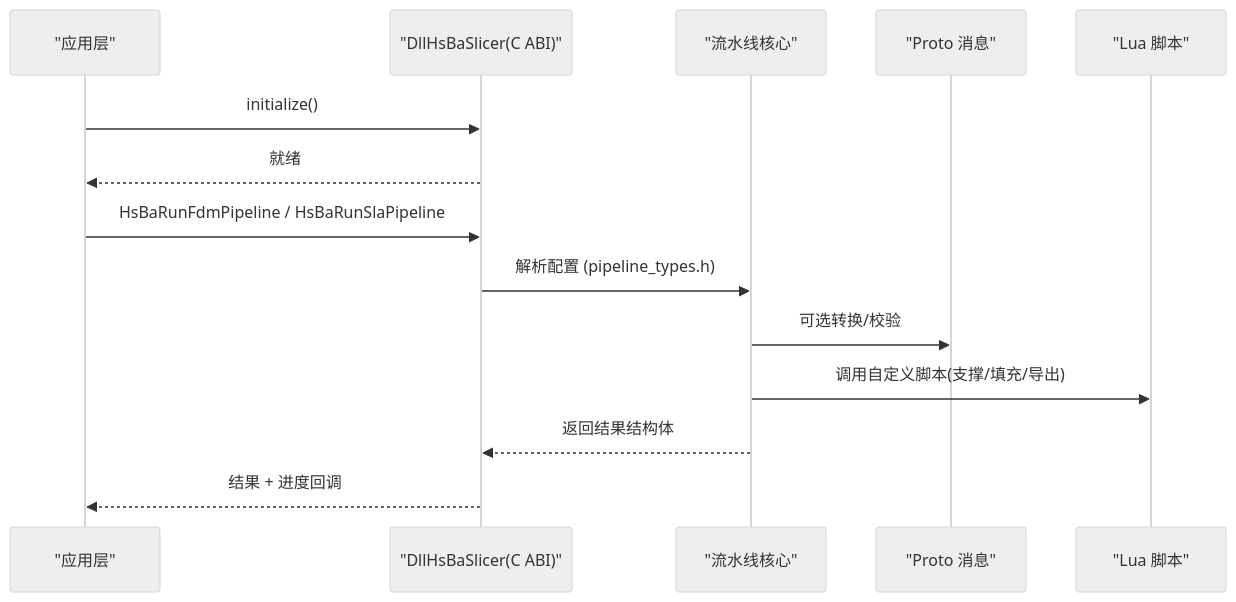
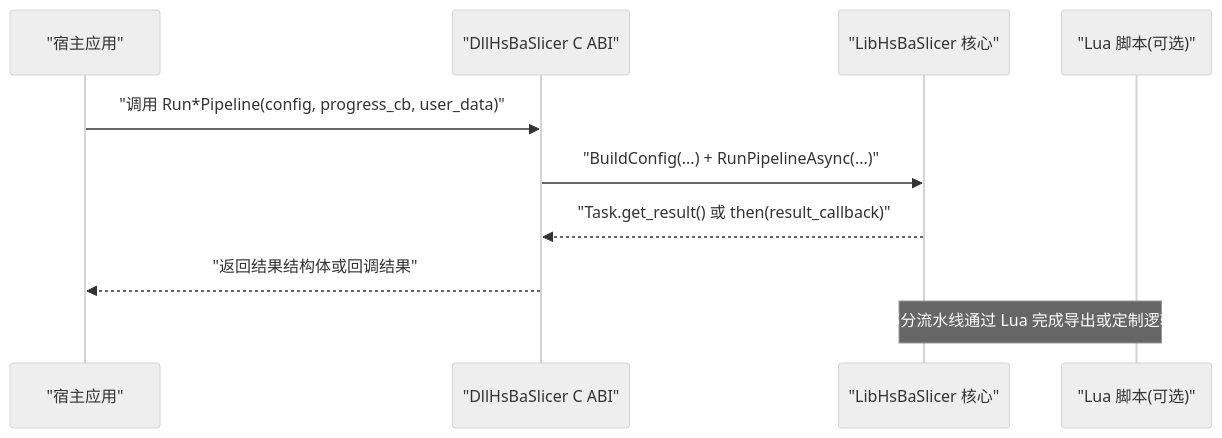
Before and after one commit to hsmbanlance/HsBaSlicer: the second of 3 diagrams in .qoder/repowiki/zh/content/API 参考文档/API 参考文档.md, drawn with Mermaid (neutral theme). The commit also changed other lines of this file and 1095 other files, not shown here.

````diff
--- a/.qoder/repowiki/zh/content/API 参考文档/API 参考文档.md
+++ b/.qoder/repowiki/zh/content/API 参考文档/API 参考文档.md
@@ -151,16 +83,12 @@
 ```mermaid
 sequenceDiagram
-participant App as "应用层"
-participant DLL as "DllHsBaSlicer(C ABI)"
-participant Core as "流水线核心"
-participant Proto as "Proto 消息"
-participant Lua as "Lua 脚本"
-App->>DLL : initialize()
-DLL-->>App : 就绪
-App->>DLL : HsBaRunFdmPipeline / HsBaRunSlaPipeline
-DLL->>Core : 解析配置 (pipeline_types.h)
-Core->>Proto : 可选转换/校验
-Core->>Lua : 调用自定义脚本(支撑/填充/导出)
-Core-->>DLL : 返回结果结构体
-DLL-->>App : 结果 + 进度回调
+participant App as "宿主应用"
+participant CABI as "DllHsBaSlicer C ABI"
+participant Core as "LibHsBaSlicer 核心"
+participant Lua as "Lua 脚本(可选)"
+App->>CABI : "调用 Run*Pipeline(config, progress_cb, user_data)"
+CABI->>Core : "BuildConfig(...) + RunPipelineAsync(...)"
+Core-->>CABI : "Task.get_result() 或 then(result_callback)"
+CABI-->>App : "返回结果结构体或回调结果"
+Note over Core,Lua : "部分流水线通过 Lua 完成导出或定制逻辑"
 ```
````
